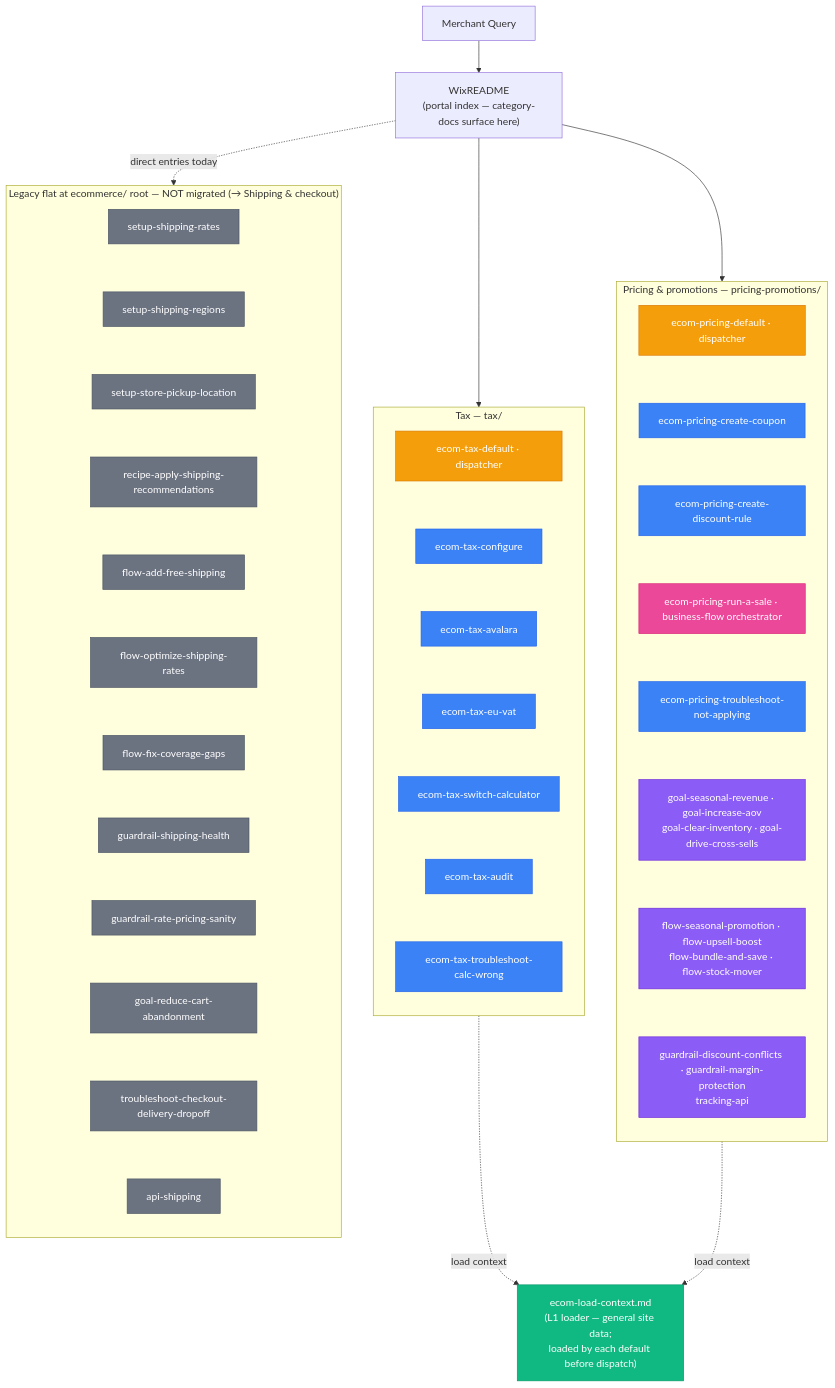
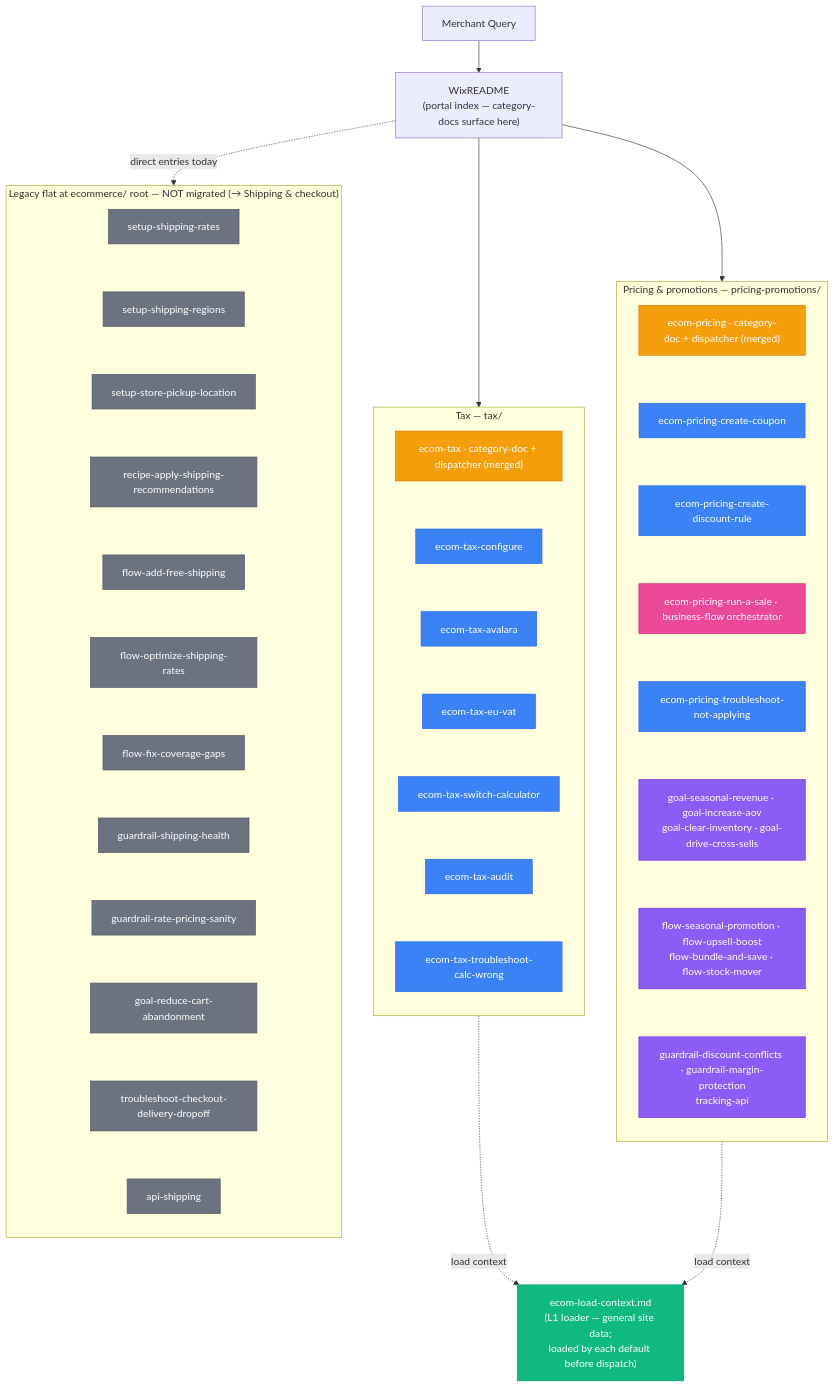
One commit to wix/skills changed the diagram in skills/wix-manage/references/ecommerce/skill-graph.md. Above: the diagram before and after it, drawn with Mermaid. The commit also changed other lines of this file and 8 other files, not shown here.

First line of the commit message:
refactor(wix-manage): merge category-doc + dispatcher into one entry

````diff
--- a/skills/wix-manage/references/ecommerce/skill-graph.md
+++ b/skills/wix-manage/references/ecommerce/skill-graph.md
@@ -8,71 +8,71 @@
 ```mermaid
 flowchart TB
     MR["Merchant Query"] --> README["WixREADME<br/>(portal index — category-docs surface here)"]
 
     README --> TAX
     README --> PRICE
 
     LOADER["ecom-load-context.md<br/>(L1 loader — general site data;<br/>loaded by each default before dispatch)"]
     TAX -.-> |load context| LOADER
     PRICE -.-> |load context| LOADER
 
     %% ---------- Tax L3 ----------
     subgraph TAX["Tax — tax/"]
         direction TB
-        TAXDEF["ecom-tax-default · dispatcher"]
+        TAXDEF["ecom-tax · category-doc + dispatcher (merged)"]
         TC["ecom-tax-configure"]
         TA["ecom-tax-avalara"]
         TV["ecom-tax-eu-vat"]
         TS["ecom-tax-switch-calculator"]
         TU["ecom-tax-audit"]
         TT["ecom-tax-troubleshoot-calc-wrong"]
         TAXDEF ~~~ TC ~~~ TA ~~~ TV ~~~ TS ~~~ TU ~~~ TT
     end
 
     %% ---------- Pricing & promotions L3 ----------
     subgraph PRICE["Pricing & promotions — pricing-promotions/"]
         direction TB
-        PRICEDEF["ecom-pricing-default · dispatcher"]
+        PRICEDEF["ecom-pricing · category-doc + dispatcher (merged)"]
         PC["ecom-pricing-create-coupon"]
         PD["ecom-pricing-create-discount-rule"]
         PR["ecom-pricing-run-a-sale · business-flow orchestrator"]
         PB["ecom-pricing-troubleshoot-not-applying"]
         PG["goal-seasonal-revenue · goal-increase-aov<br/>goal-clear-inventory · goal-drive-cross-sells"]
         PF["flow-seasonal-promotion · flow-upsell-boost<br/>flow-bundle-and-save · flow-stock-mover"]
         PV["guardrail-discount-conflicts · guardrail-margin-protection<br/>tracking-api"]
         PRICEDEF ~~~ PC ~~~ PD ~~~ PR ~~~ PB ~~~ PG ~~~ PF ~~~ PV
     end
 
     %% ---------- Legacy flat (not yet an L3) ----------
     subgraph LEGACY["Legacy flat at ecommerce/ root — NOT migrated (→ Shipping & checkout)"]
         direction TB
         L1["setup-shipping-rates"]
         L2["setup-shipping-regions"]
         L3["setup-store-pickup-location"]
         L4["recipe-apply-shipping-recommendations"]
         L5["flow-add-free-shipping"]
         L6["flow-optimize-shipping-rates"]
         L7["flow-fix-coverage-gaps"]
         L8["guardrail-shipping-health"]
         L9["guardrail-rate-pricing-sanity"]
         L10["goal-reduce-cart-abandonment"]
         L11["troubleshoot-checkout-delivery-dropoff"]
         L12["api-shipping"]
         L1 ~~~ L2 ~~~ L3 ~~~ L4 ~~~ L5 ~~~ L6 ~~~ L7 ~~~ L8 ~~~ L9 ~~~ L10 ~~~ L11 ~~~ L12
     end
     README -.-> |direct entries today| LEGACY
 
     classDef dispatcher fill:#f59e0b,stroke:#d97706,color:#fff
     classDef promotion fill:#3b82f6,stroke:#2563eb,color:#fff
     classDef orchestrator fill:#ec4899,stroke:#db2777,color:#fff
     classDef support fill:#8b5cf6,stroke:#6d28d9,color:#fff
     classDef loader fill:#10b981,stroke:#059669,color:#fff
     classDef legacy fill:#6b7280,stroke:#4b5563,color:#fff
 
     class TAXDEF,PRICEDEF dispatcher
     class TC,TA,TV,TS,TU,TT,PC,PD,PB promotion
     class PR orchestrator
     class PG,PF,PV support
     class LOADER loader
     class L1,L2,L3,L4,L5,L6,L7,L8,L9,L10,L11,L12 legacy
 ```
````
